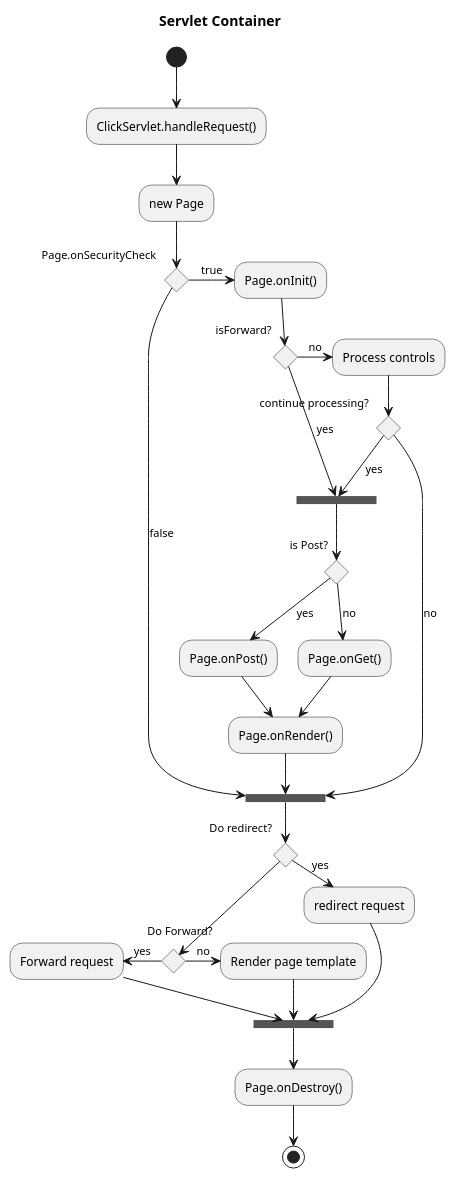
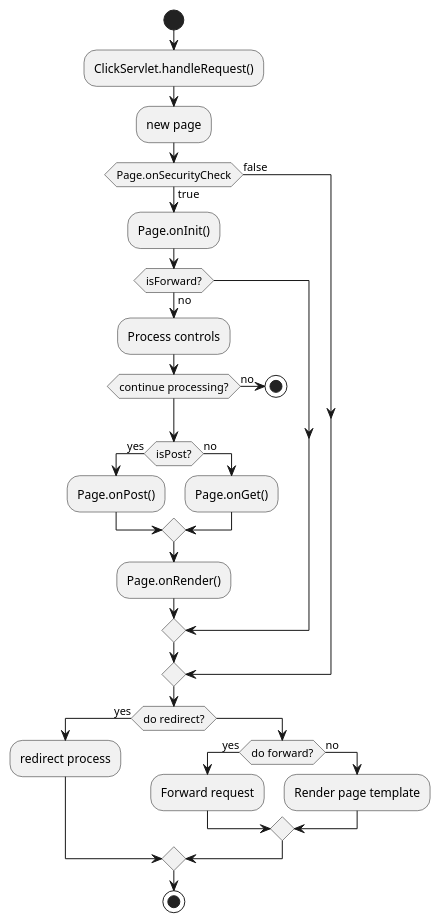
One commit to mindolph/Mindolph changed the diagram in DemoWorkspace/PlantUML/ActivityDiagram.puml. Above: the diagram before and after it, drawn with PlantUML. The commit also changed 1 other file, not shown here.

```diff
--- a/DemoWorkspace/PlantUML/ActivityDiagram.puml
+++ b/DemoWorkspace/PlantUML/ActivityDiagram.puml
@@ -1,52 +1,36 @@
 @startuml
-title Servlet Container
 
-(*) --> "ClickServlet.handleRequest()"
---> "new Page"
+start
+:ClickServlet.handleRequest();
+:new page;
+if (Page.onSecurityCheck) then (true)
+  :Page.onInit();
+  if (isForward?) then (no)
+    :Process controls;
+    if (continue processing?) then (no)
+      stop
+    endif
 
-if "Page.onSecurityCheck" then
-  ->[true] "Page.onInit()"
-
-  if "isForward?" then
-   ->[no] "Process controls"
-
-   if "continue processing?" then
-     -->[yes] ===RENDERING===
-   else
-     -->[no] ===REDIRECT_CHECK===
-   endif
-
-  else
-   -->[yes] ===RENDERING===
+    if (isPost?) then (yes)
+      :Page.onPost();
+    else (no)
+      :Page.onGet();
+    endif
+    :Page.onRender();
   endif
-
-  if "is Post?" then
-    -->[yes] "Page.onPost()"
-    --> "Page.onRender()" as render
-    --> ===REDIRECT_CHECK===
-  else
-    -->[no] "Page.onGet()"
-    --> render
-  endif
-
-else
-  -->[false] ===REDIRECT_CHECK===
+else (false)
 endif
 
-if "Do redirect?" then
- ->[yes] "redirect request"
- --> ==BEFORE_DESTROY===
+if (do redirect?) then (yes)
+  :redirect process;
 else
- if "Do Forward?" then
-  -left->[yes] "Forward request"
-  --> ==BEFORE_DESTROY===
- else
-  -right->[no] "Render page template"
-  --> ==BEFORE_DESTROY===
- endif
+  if (do forward?) then (yes)
+    :Forward request;
+  else (no)
+    :Render page template;
+  endif
 endif
 
---> "Page.onDestroy()"
--->(*)
+stop
 
 @enduml
```
